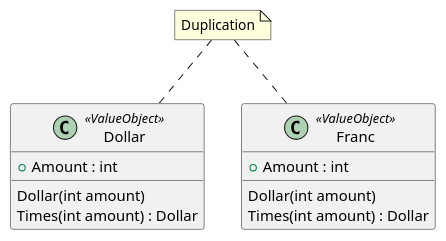
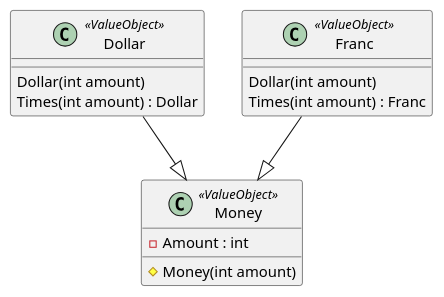
The diagram in Documentation/Classes.puml (RicardoGuzmanVelasco/KentBeck.TDDByExample), drawn with PlantUML before and after one commit. The commit also changed 1 other file, not shown here.

Commit message:
6 | Franc equality | Documentation

```diff
--- a/Documentation/Classes.puml
+++ b/Documentation/Classes.puml
@@ -1,19 +1,21 @@
 @startuml
 class Dollar <<ValueObject>>
 {
-    +Amount : int
     Dollar(int amount)
     Times(int amount) : Dollar
 }
 
 class Franc <<ValueObject>>
 {
-    +Amount : int
     Dollar(int amount)
-    Times(int amount) : Dollar
+    Times(int amount) : Franc
 }
 
-note "Duplication" as N
-N .. Dollar
-N .. Franc
+class Money <<ValueObject>>
+{
+    -Amount : int
+    #Money(int amount)
+}
+Dollar --|> Money
+Franc --|> Money
 @enduml
```
